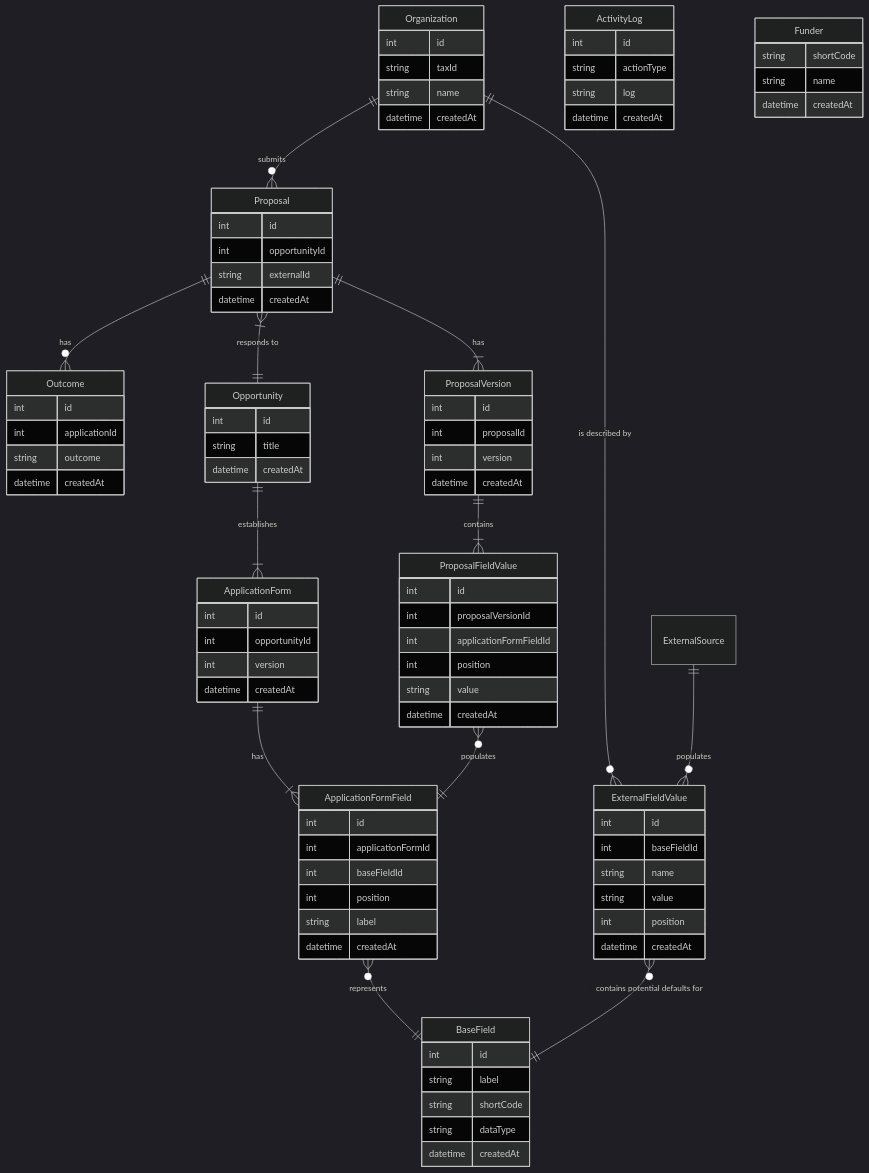
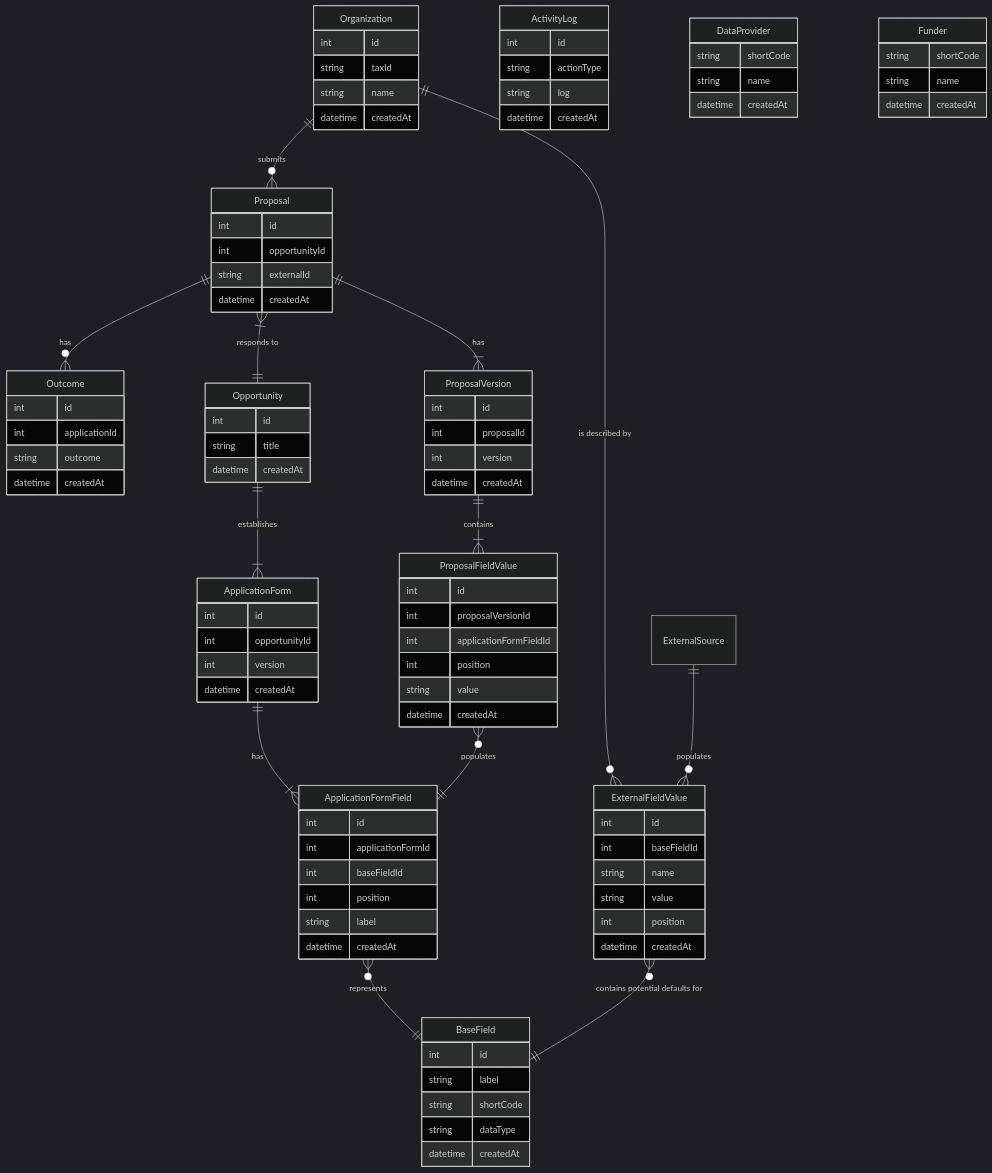
One commit to PhilanthropyDataCommons/service changed the first of 4 diagrams in docs/ENTITY_RELATIONSHIP_DIAGRAM.md. Above: the diagram before and after it, drawn with Mermaid (dark theme). The commit also changed 19 other files, not shown here.

First line of the commit message:
Add `DataProvider` entity and routes

```diff
--- a/docs/ENTITY_RELATIONSHIP_DIAGRAM.md
+++ b/docs/ENTITY_RELATIONSHIP_DIAGRAM.md
@@ -76,6 +76,11 @@
     string log
     datetime createdAt
   }
+  DataProvider {
+    string shortCode
+    string name
+    datetime createdAt
+  }
   Funder {
     string shortCode
     string name
```
